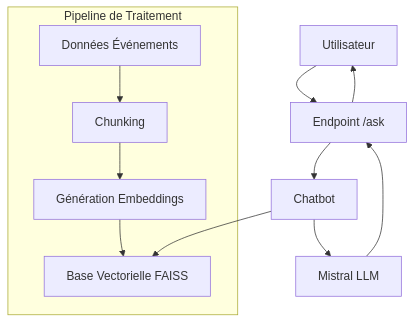
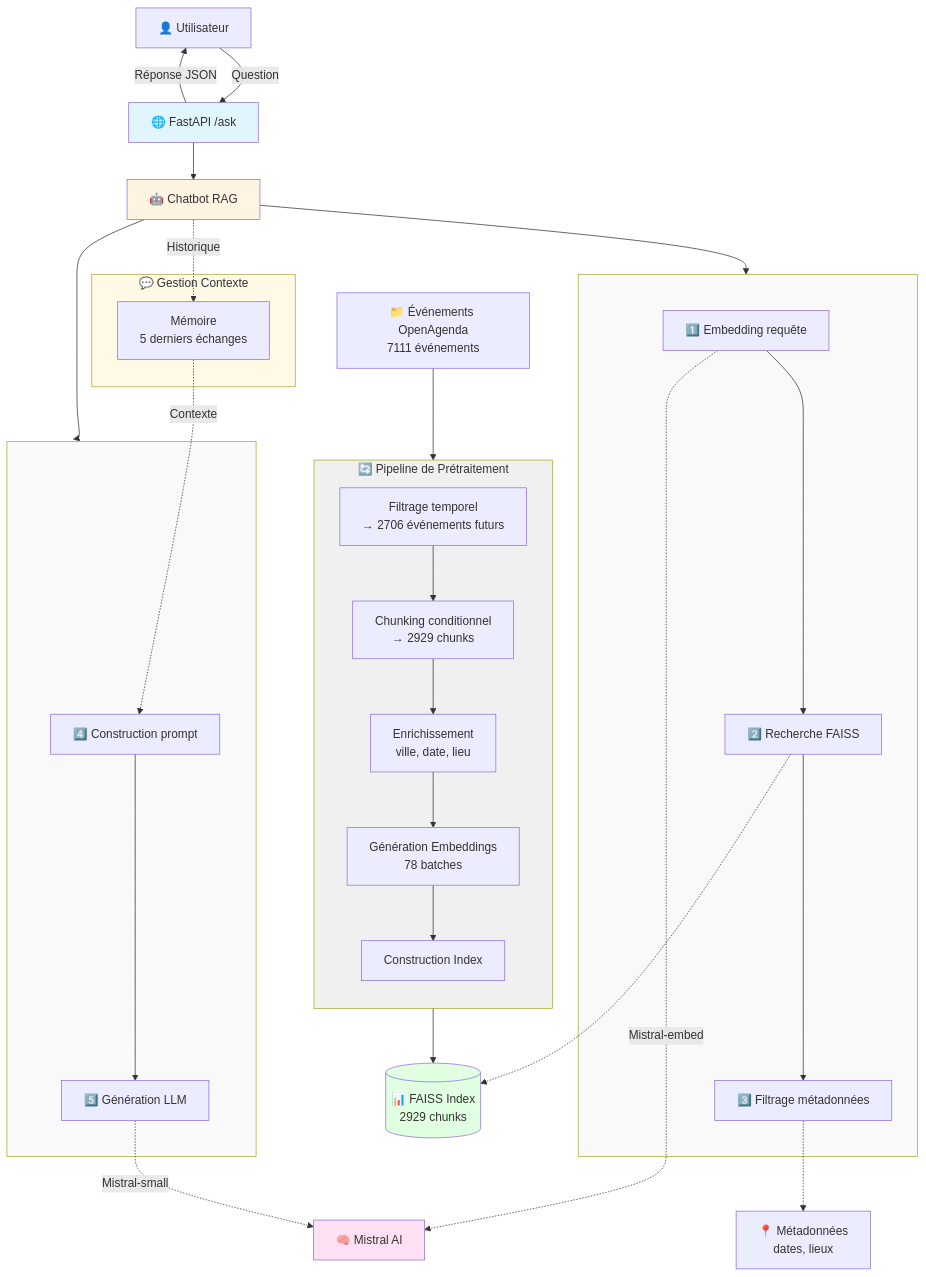
Before and after one commit to ObiYohan/Projet_7: the diagram in README.md, drawn with Mermaid.

Commit message:
improve uml

````diff
--- a/README.md
+++ b/README.md
@@ -185,17 +185,53 @@
 ```mermaid
 graph TB
-    User[Utilisateur] --> API[FastAPI]
-    API[Endpoint /ask] --> User[Utilisateur]
-    API --> Chatbot[Chatbot]
-    LLM --> API
-    Chatbot --> FAISS[Base Vectorielle FAISS]
-    Chatbot --> LLM[Mistral LLM]
-    Data[Données Événements]
+    User[👤 Utilisateur] -->|Question| API[🌐 FastAPI /ask]
+    API -->|Réponse JSON| User
     
-    subgraph Pipeline["Pipeline de Traitement"]
-        Data --> Chunks[Chunking]
-        Chunks --> EmbedGen[Génération Embeddings]
-        EmbedGen --> FAISS
+    API --> Chatbot[🤖 Chatbot RAG]
+    
+    Chatbot --> SearchFlow[🔍 Flux de Recherche]
+    Chatbot --> GenFlow[✍️ Flux de Génération]
+    
+    subgraph SearchFlow[" "]
+        Embed[1️⃣ Embedding requête] --> Search[2️⃣ Recherche FAISS]
+        Search --> Filter[3️⃣ Filtrage métadonnées]
     end
     
+    subgraph GenFlow[" "]
+        Prompt[4️⃣ Construction prompt] --> Generate[5️⃣ Génération LLM]
+    end
+    
+    Embed -.->|Mistral-embed| Mistral[🧠 Mistral AI]
+    Search -.-> FAISS[(📊 FAISS Index<br/>2929 chunks)]
+    Filter -.-> Metadata[📍 Métadonnées<br/>dates, lieux]
+    Generate -.->|Mistral-small| Mistral
+    
+    Data[📁 Événements OpenAgenda<br/>7111 événements] --> Pipeline
+    
+    subgraph Pipeline["🔄 Pipeline de Prétraitement"]
+        direction TB
+        P1[Filtrage temporel<br/>→ 2706 événements futurs] --> P2[Chunking conditionnel<br/>→ 2929 chunks]
+        P2 --> P3[Enrichissement<br/>ville, date, lieu]
+        P3 --> P4[Génération Embeddings<br/>78 batches]
+        P4 --> P5[Construction Index]
+    end
+    
+    Pipeline --> FAISS
+    
+    subgraph Context["💬 Gestion Contexte"]
+        Memory[Mémoire<br/>5 derniers échanges]
+    end
+    
+    Chatbot -.->|Historique| Memory
+    Memory -.->|Contexte| Prompt
+    
+    style API fill:#e1f5ff
+    style Chatbot fill:#fff4e1
+    style Mistral fill:#ffe1f5
+    style FAISS fill:#e1ffe1
+    style Pipeline fill:#f0f0f0
+    style SearchFlow fill:#f9f9f9
+    style GenFlow fill:#f9f9f9
+    style Context fill:#fff9e6
+    
 ```
````
